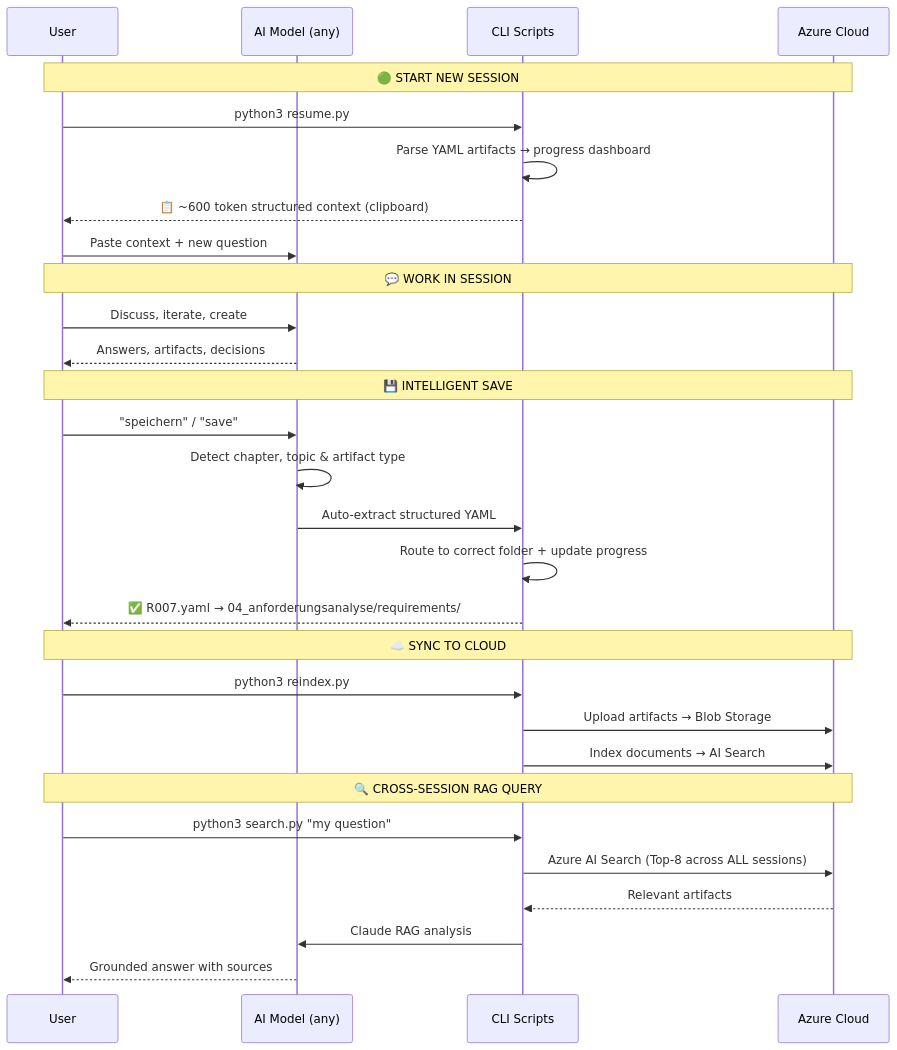
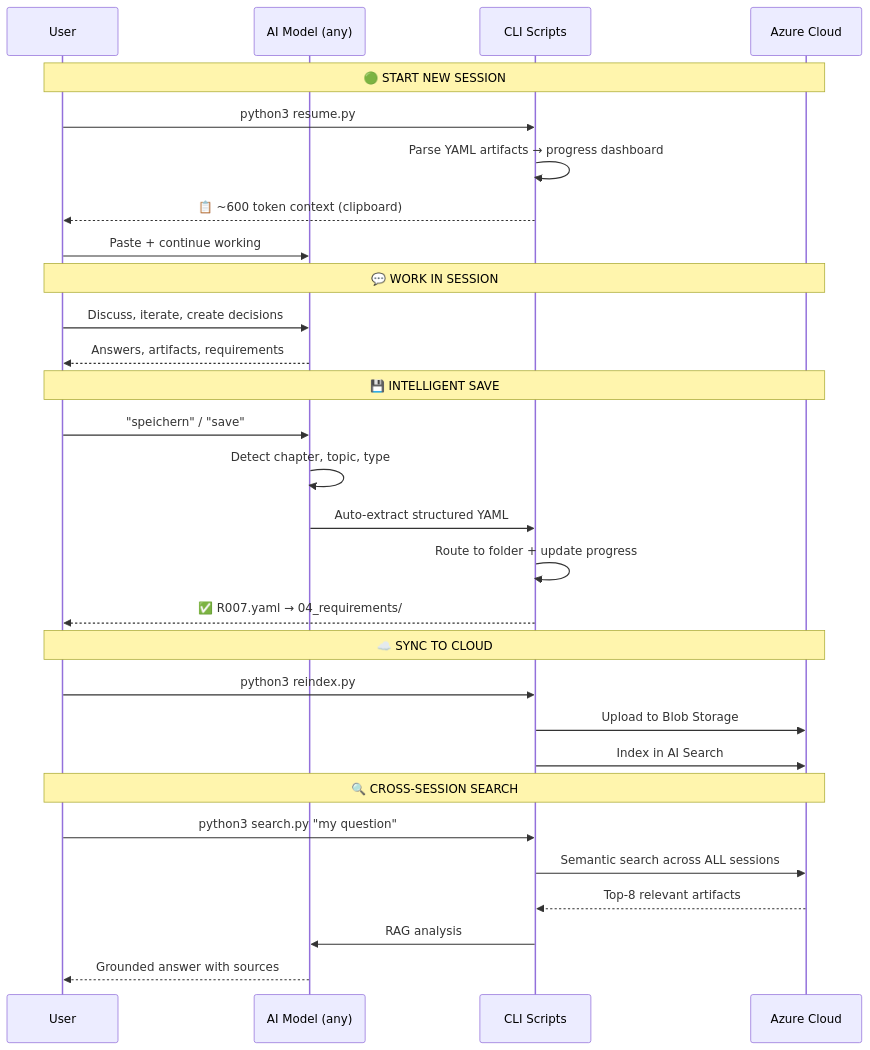
One commit to MustDemir/ai-context-vault changed the third of 3 diagrams in README.md. Above: the diagram before and after it, drawn with Mermaid. The commit also changed other lines of this file and 1 other file, not shown here.

````diff
--- a/README.md
+++ b/README.md
@@ -144,36 +132,36 @@
 ```mermaid
 sequenceDiagram
     participant User
     participant AI as AI Model (any)
     participant Scripts as CLI Scripts
     participant Azure as Azure Cloud
 
     Note over User,Azure: 🟢 START NEW SESSION
     User->>Scripts: python3 resume.py
     Scripts->>Scripts: Parse YAML artifacts → progress dashboard
-    Scripts-->>User: 📋 ~600 token structured context (clipboard)
-    User->>AI: Paste context + new question
+    Scripts-->>User: 📋 ~600 token context (clipboard)
+    User->>AI: Paste + continue working
 
     Note over User,Azure: 💬 WORK IN SESSION
-    User->>AI: Discuss, iterate, create
-    AI-->>User: Answers, artifacts, decisions
+    User->>AI: Discuss, iterate, create decisions
+    AI-->>User: Answers, artifacts, requirements
 
     Note over User,Azure: 💾 INTELLIGENT SAVE
     User->>AI: "speichern" / "save"
-    AI->>AI: Detect chapter, topic & artifact type
+    AI->>AI: Detect chapter, topic, type
     AI->>Scripts: Auto-extract structured YAML
-    Scripts->>Scripts: Route to correct folder + update progress
-    Scripts-->>User: ✅ R007.yaml → 04_anforderungsanalyse/requirements/
+    Scripts->>Scripts: Route to folder + update progress
+    Scripts-->>User: ✅ R007.yaml → 04_requirements/
 
     Note over User,Azure: ☁️ SYNC TO CLOUD
     User->>Scripts: python3 reindex.py
-    Scripts->>Azure: Upload artifacts → Blob Storage
-    Scripts->>Azure: Index documents → AI Search
+    Scripts->>Azure: Upload to Blob Storage
+    Scripts->>Azure: Index in AI Search
 
-    Note over User,Azure: 🔍 CROSS-SESSION RAG QUERY
+    Note over User,Azure: 🔍 CROSS-SESSION SEARCH
     User->>Scripts: python3 search.py "my question"
-    Scripts->>Azure: Azure AI Search (Top-8 across ALL sessions)
-    Azure-->>Scripts: Relevant artifacts
-    Scripts->>AI: Claude RAG analysis
+    Scripts->>Azure: Semantic search across ALL sessions
+    Azure-->>Scripts: Top-8 relevant artifacts
+    Scripts->>AI: RAG analysis
     AI-->>User: Grounded answer with sources
 ```
````
